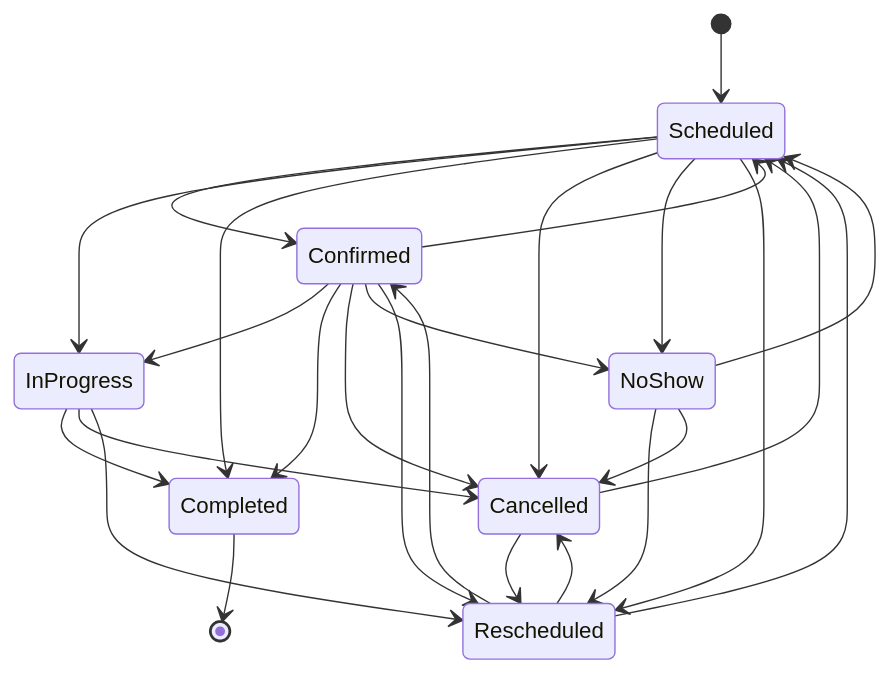
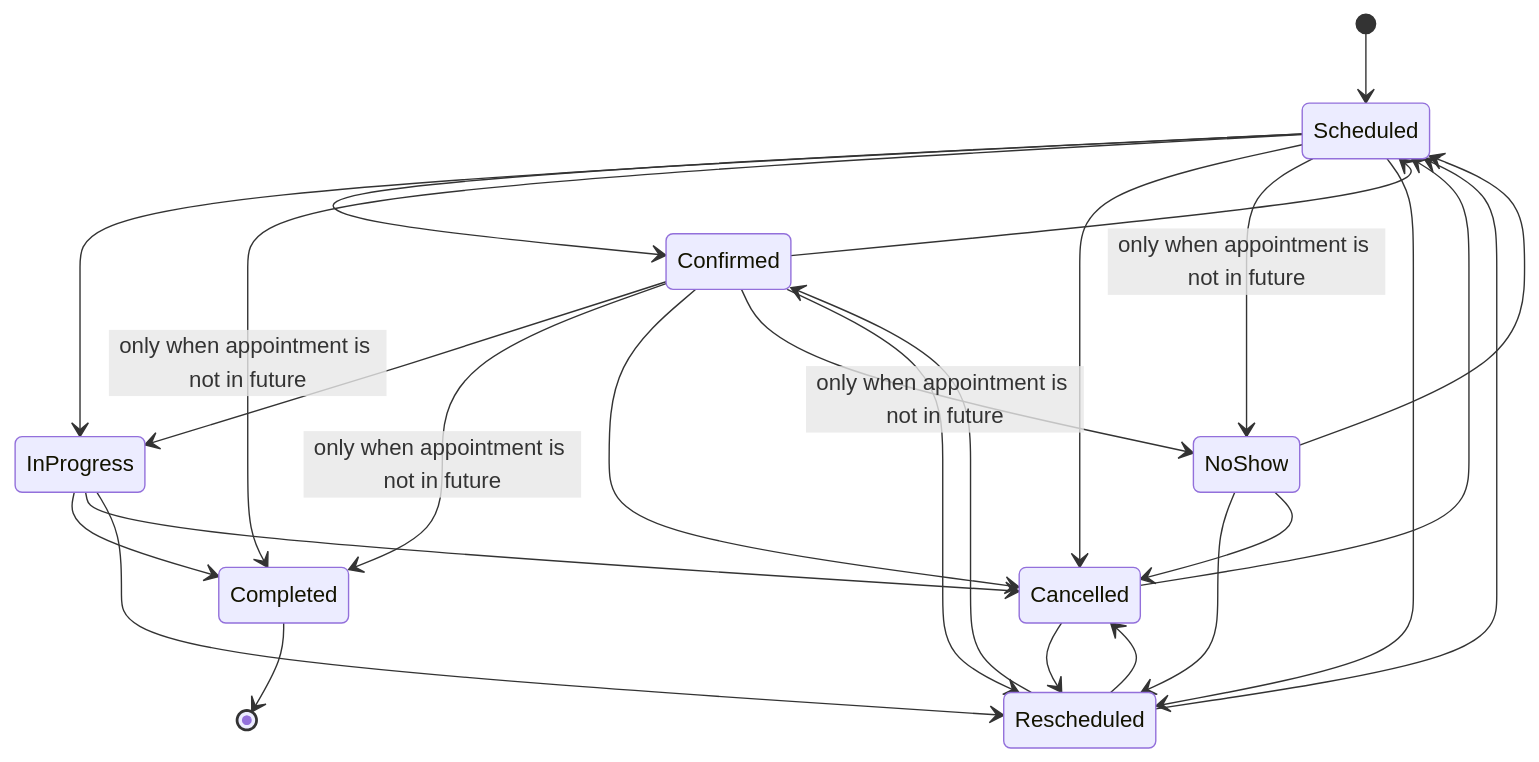
The second of 13 diagrams in README.md (thanhtungtav4/crm-dental), drawn with Mermaid before and after one commit. The commit also changed other lines of this file and 65 other files, not shown here.

````diff
--- a/README.md
+++ b/README.md
@@ -105,34 +133,34 @@
 ```mermaid
 stateDiagram-v2
     [*] --> Scheduled
     Scheduled --> Confirmed
     Scheduled --> InProgress
-    Scheduled --> Completed
+    Scheduled --> Completed : only when appointment is not in future
     Scheduled --> Cancelled
-    Scheduled --> NoShow
+    Scheduled --> NoShow : only when appointment is not in future
     Scheduled --> Rescheduled
 
     Confirmed --> Scheduled
     Confirmed --> InProgress
-    Confirmed --> Completed
+    Confirmed --> Completed : only when appointment is not in future
     Confirmed --> Cancelled
-    Confirmed --> NoShow
+    Confirmed --> NoShow : only when appointment is not in future
     Confirmed --> Rescheduled
 
     InProgress --> Completed
     InProgress --> Cancelled
     InProgress --> Rescheduled
 
     NoShow --> Scheduled
     NoShow --> Rescheduled
     NoShow --> Cancelled
 
     Rescheduled --> Scheduled
     Rescheduled --> Confirmed
     Rescheduled --> Cancelled
 
     Cancelled --> Scheduled
     Cancelled --> Rescheduled
 
     Completed --> [*]
 ```
````
